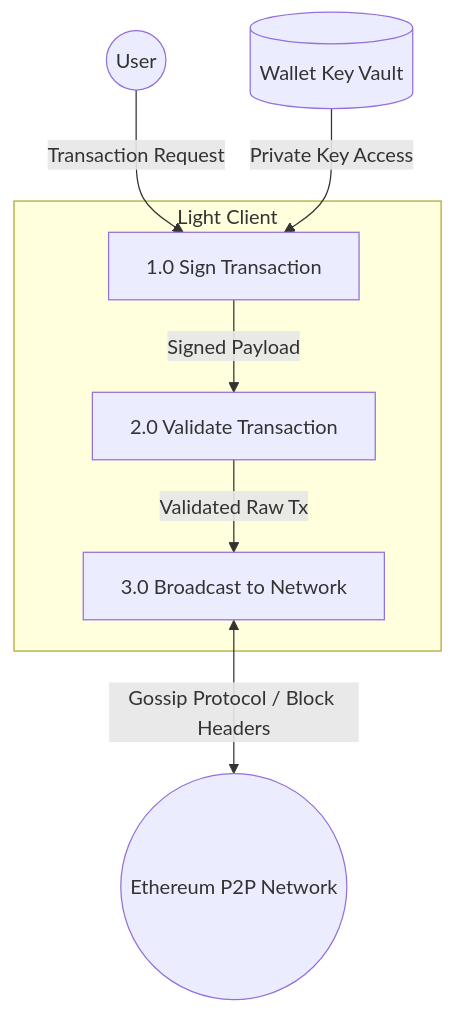
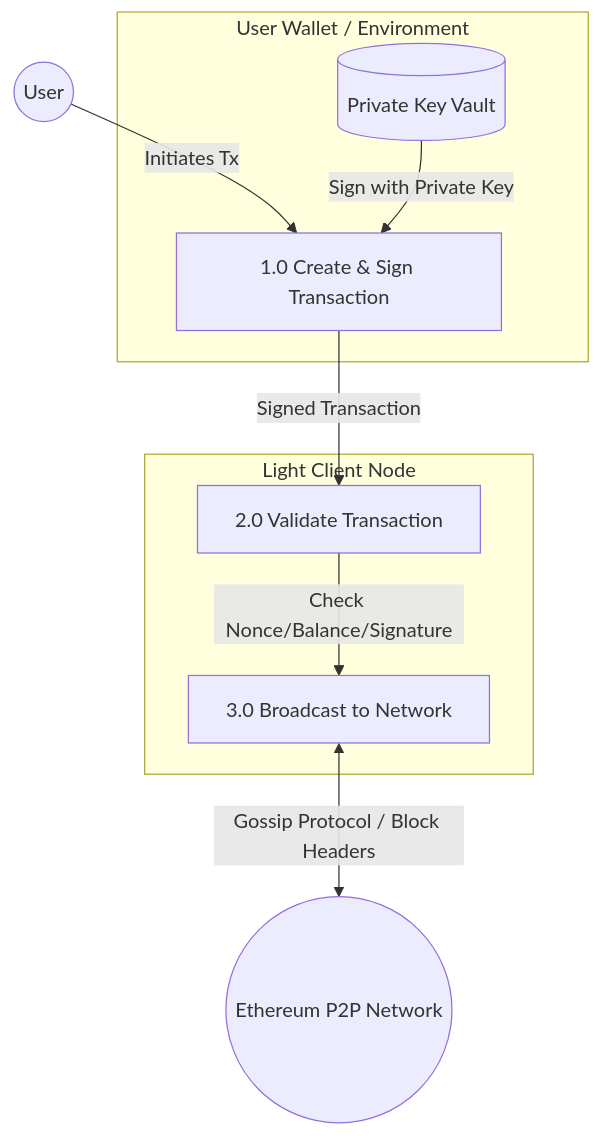
Before and after one commit to vfr750y/Cost-Optimized-Ethereum-Node-On-Azure: the second of 4 diagrams in HighLevelDesign.md, drawn with Mermaid. The commit also changed other lines of this file, not shown here.

Commit message:
edit hld - add overview and edit data flow diagram

````diff
--- a/HighLevelDesign.md
+++ b/HighLevelDesign.md
@@ -32,20 +30,23 @@
 ```mermaid
 graph TD
     User((User))
-    Vault[(Wallet Key Vault)]
     
-    subgraph LC [Light Client]
-        P1[1.0 Sign Transaction]
+    subgraph LocalWallet [User Wallet / Environment]
+        Vault[(Private Key Vault)]
+        Signer[1.0 Create & Sign Transaction]
+    end
+    
+    subgraph LC [Light Client Node]
         P2[2.0 Validate Transaction]
         P3[3.0 Broadcast to Network]
     end
 
     Network((Ethereum P2P Network))
 
     %% Data Flows
-    User -->|Transaction Request| P1
-    Vault -->|Private Key Access| P1
-    P1 -->|Signed Payload| P2
-    P2 -->|Validated Raw Tx| P3
+    User -->|Initiates Tx| Signer
+    Vault -->|Sign with Private Key| Signer
+    Signer -->|Signed Transaction| P2
+    P2 -->|Check Nonce/Balance/Signature| P3
     P3 <-->|Gossip Protocol / Block Headers| Network
 ```
````
